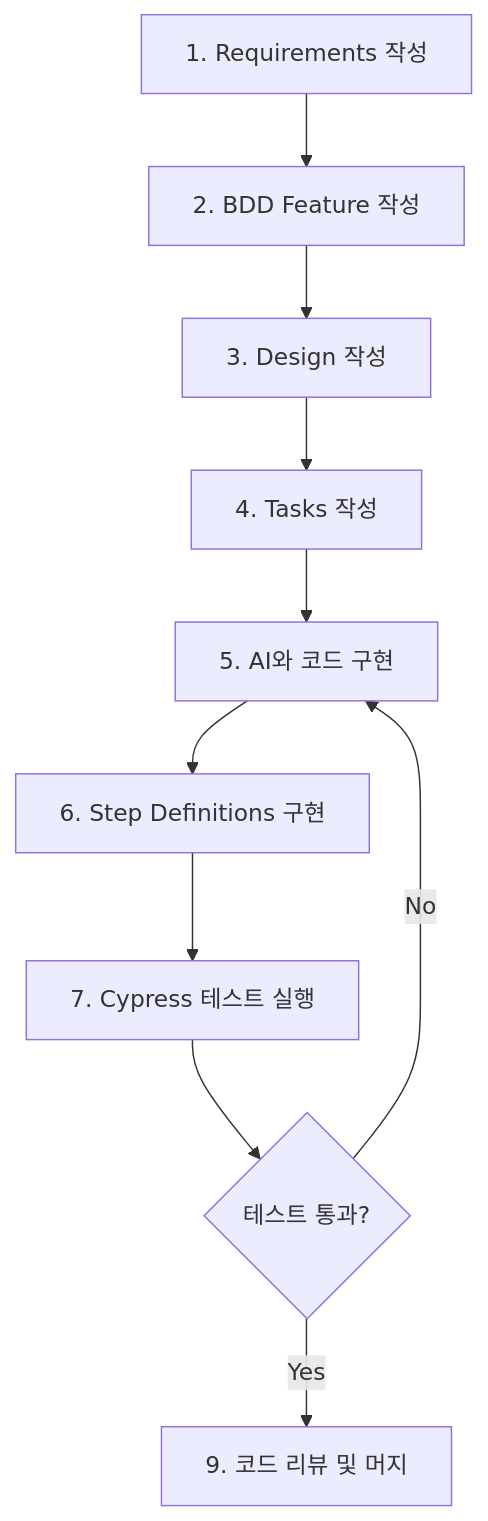
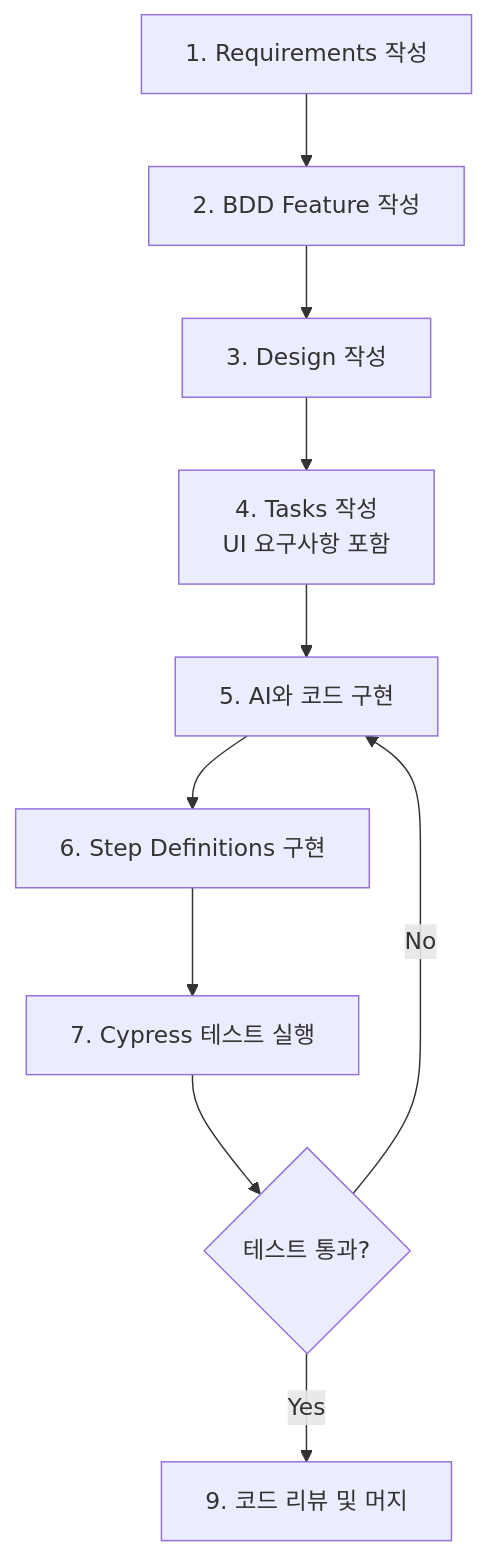
Before and after one commit to hetarho/switch-won: the diagram in specs/README.md, drawn with Mermaid. The commit also changed other lines of this file and 7 other files, not shown here.

Commit message:
feat: Enhance documentation with detailed specifications for Requirements, Design, and Tasks; introduce new API and architecture design documents for improved clarity and development guidance

````diff
--- a/specs/README.md
+++ b/specs/README.md
@@ -66,12 +71,12 @@
 ```mermaid
 graph TD
     A[1. Requirements 작성] --> B[2. BDD Feature 작성]
     B --> C[3. Design 작성]
-    C --> D[4. Tasks 작성]
+    C --> D[4. Tasks 작성<br/>UI 요구사항 포함]
     D --> E[5. AI와 코드 구현]
     E --> F[6. Step Definitions 구현]
     F --> G[7. Cypress 테스트 실행]
     G --> H{테스트 통과?}
     H -->|No| E
     H -->|Yes| I[9. 코드 리뷰 및 머지]
 ```
````
